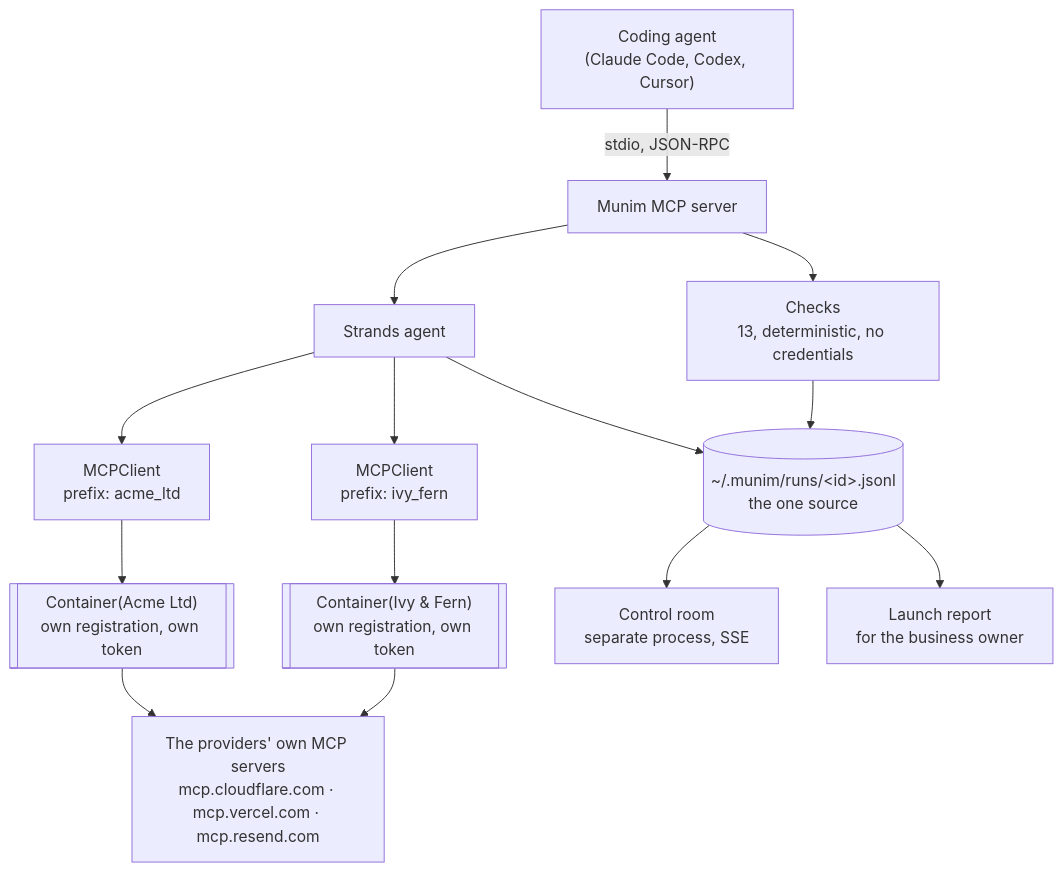
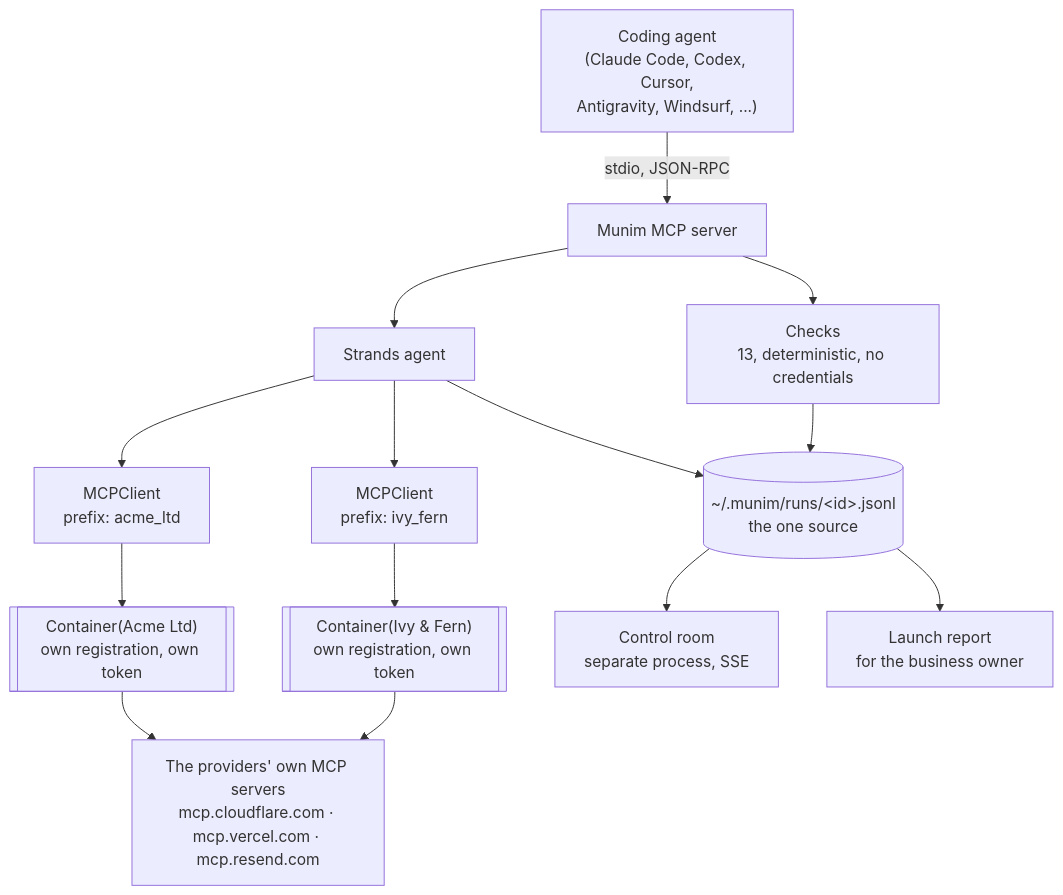
Before and after one commit to vishalsg42/munim: the diagram in docs/ARCHITECTURE.md, drawn with Mermaid. The commit also changed 11 other files, not shown here.

````diff
--- a/docs/ARCHITECTURE.md
+++ b/docs/ARCHITECTURE.md
@@ -7,19 +7,19 @@
 ```mermaid
 flowchart TD
-    A["Coding agent<br/>(Claude Code, Codex, Cursor)"] -->|stdio, JSON-RPC| B["Munim MCP server"]
+    A["Coding agent<br/>(Claude Code, Codex, Cursor,<br/>Antigravity, Windsurf, ...)"] -->|stdio, JSON-RPC| B["Munim MCP server"]
 
     B --> F["Checks<br/>13, deterministic, no credentials"]
     B --> G["Strands agent"]
 
     G --> S1["MCPClient<br/>prefix: acme_ltd"]
     G --> S2["MCPClient<br/>prefix: ivy_fern"]
     S1 --> K1[["Container(Acme Ltd)<br/>own registration, own token"]]
     S2 --> K2[["Container(Ivy &amp; Fern)<br/>own registration, own token"]]
     K1 --> P["The providers' own MCP servers<br/>mcp.cloudflare.com · mcp.vercel.com · mcp.resend.com"]
     K2 --> P
 
     G --> H[("~/.munim/runs/&lt;id&gt;.jsonl<br/>the one source")]
     F --> H
     H --> I["Control room<br/>separate process, SSE"]
     H --> J["Launch report<br/>for the business owner"]
 ```
````
